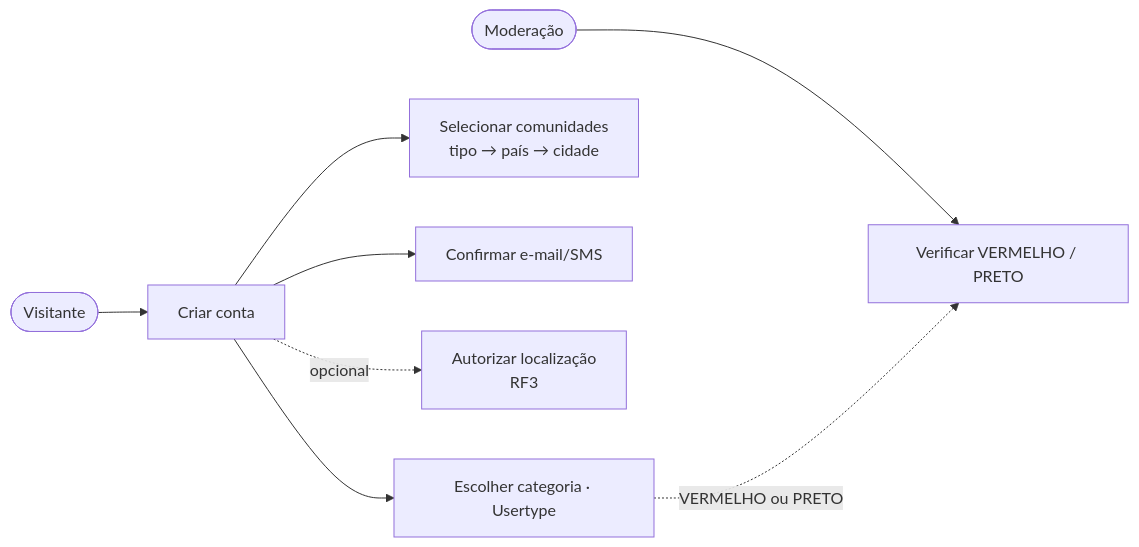
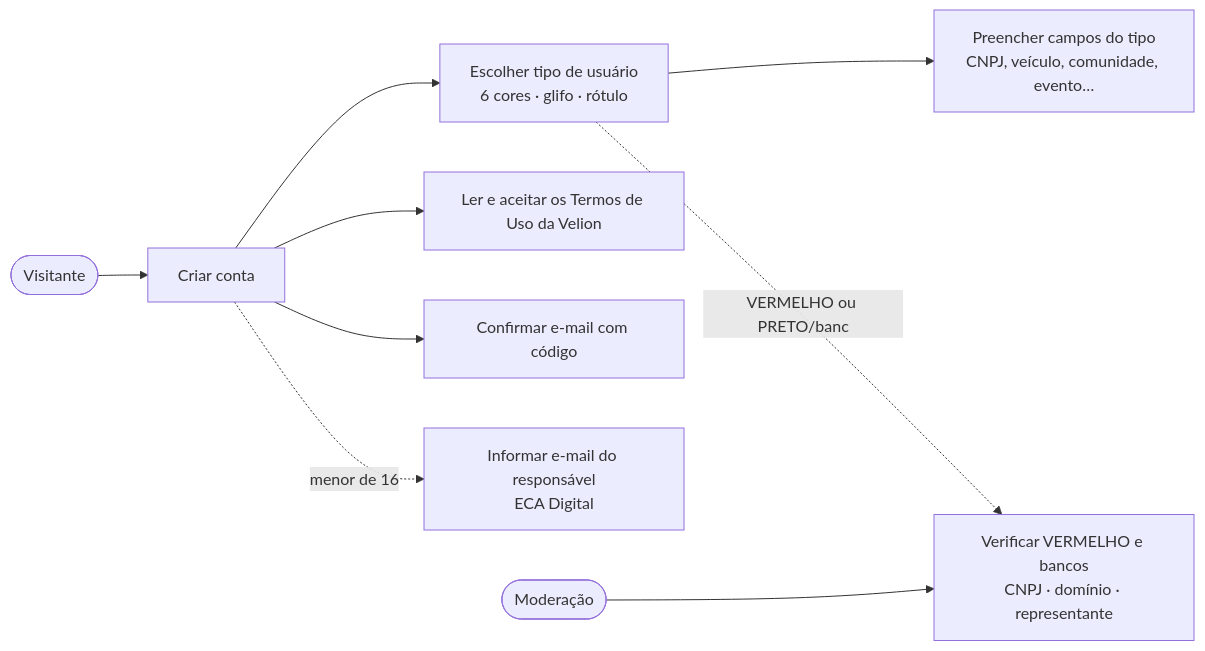
Before and after one commit to MatheusHaliski/orange_social_velion: the first of 4 diagrams in docs/rf/RF01-cadastro-usuario.md, drawn with Mermaid. The commit also changed other lines of this file and 78 other files, not shown here.

````diff
--- a/docs/rf/RF01-cadastro-usuario.md
+++ b/docs/rf/RF01-cadastro-usuario.md
@@ -37,10 +58,11 @@
 ```mermaid
 flowchart LR
     V([Visitante]) --> UC1[Criar conta]
-    UC1 --> UC2[Escolher categoria · Usertype]
-    UC1 --> UC3[Selecionar comunidades<br/>tipo → país → cidade]
-    UC1 --> UC4[Confirmar e-mail/SMS]
-    UC1 -.opcional.-> UC5[Autorizar localização<br/>RF3]
-    MOD([Moderação]) --> UC6[Verificar VERMELHO / PRETO]
-    UC2 -.VERMELHO ou PRETO.-> UC6
+    UC1 --> UC2[Escolher tipo de usuário<br/>6 cores · glifo · rótulo]
+    UC2 --> UC3[Preencher campos do tipo<br/>CNPJ, veículo, comunidade, evento…]
+    UC1 --> UC4[Ler e aceitar os Termos de Uso da Velion]
+    UC1 --> UC5[Confirmar e-mail com código]
+    UC1 -.menor de 16.-> UC6[Informar e-mail do responsável<br/>ECA Digital]
+    MOD([Moderação]) --> UC7[Verificar VERMELHO e bancos<br/>CNPJ · domínio · representante]
+    UC2 -.VERMELHO ou PRETO/banco.-> UC7
 ```
````
